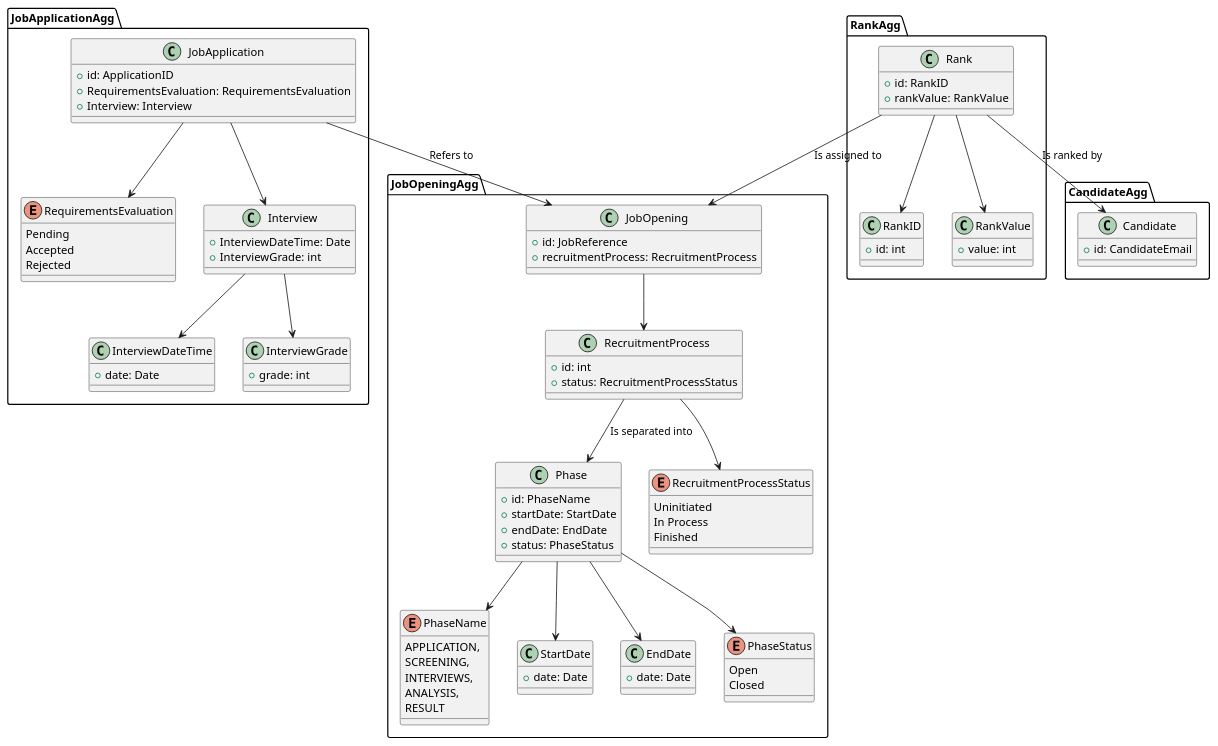
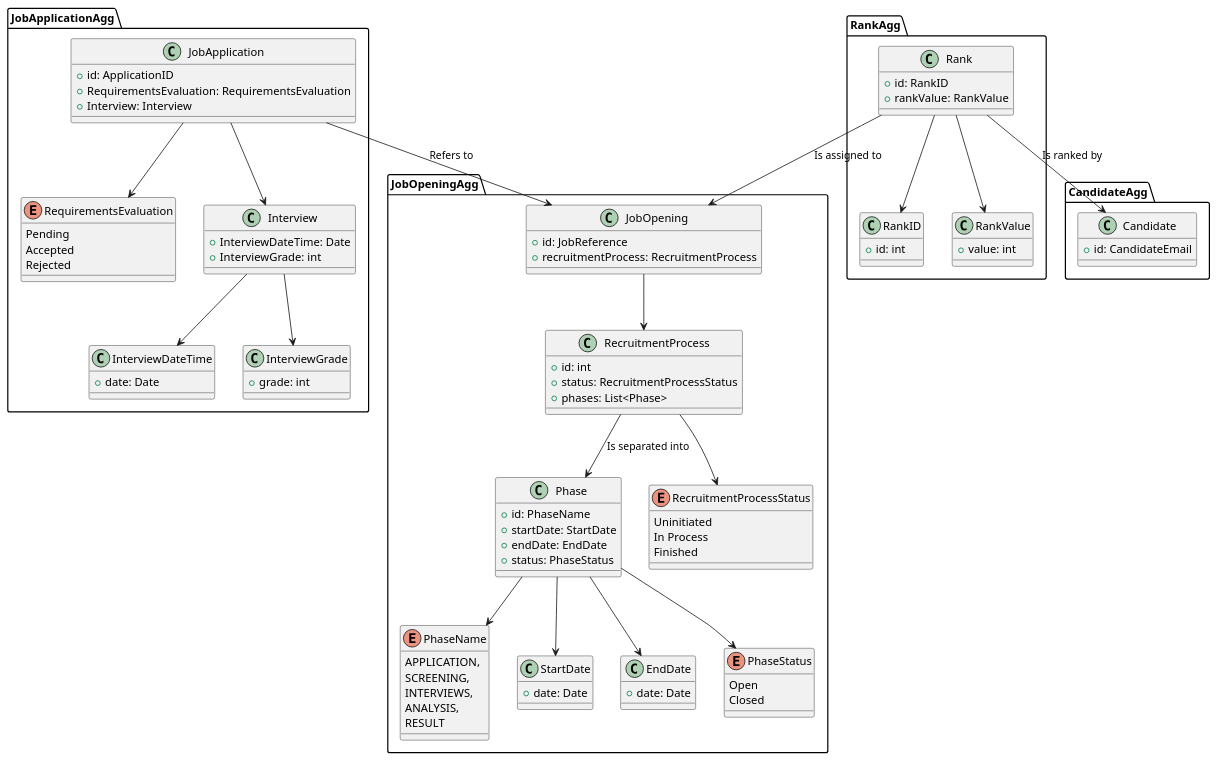
One commit to Mendoncaa/LAPR4 changed the diagram in docs/sprintC/US1010/02.analysis/puml/DM.puml. Above: the diagram before and after it, drawn with PlantUML. The commit also changed 1 other file, not shown here.

```diff
--- a/docs/sprintC/US1010/02.analysis/puml/DM.puml
+++ b/docs/sprintC/US1010/02.analysis/puml/DM.puml
@@ -1,115 +1,116 @@
 @startuml DomainModel
 package JobOpeningAgg {
 
     class JobOpening {
         +id: JobReference
         +recruitmentProcess: RecruitmentProcess
     }
     class RecruitmentProcess {
         +id: int
         +status: RecruitmentProcessStatus
+        +phases: List<Phase>
     }
 
     class Phase {
         +id: PhaseName
         +startDate: StartDate
         +endDate: EndDate
         +status: PhaseStatus
     }
 
     enum PhaseName {
             APPLICATION,
             SCREENING,
             INTERVIEWS,
             ANALYSIS,
             RESULT
     }
 
     class StartDate {
         +date: Date
     }
 
     class EndDate {
         +date: Date
     }
 
     enum PhaseStatus {
         Open
         Closed
     }
 
     enum RecruitmentProcessStatus {
         Uninitiated
         In Process
         Finished
     }
 
     JobOpening --> RecruitmentProcess
     RecruitmentProcess --> RecruitmentProcessStatus
     RecruitmentProcess --> Phase : "Is separated into"
     Phase --> PhaseName
     Phase --> StartDate
     Phase --> EndDate
     Phase --> PhaseStatus
 }
 
 package JobApplicationAgg {
     class JobApplication {
         +id: ApplicationID
         +RequirementsEvaluation: RequirementsEvaluation
         +Interview: Interview
     }
 
     enum RequirementsEvaluation {
         Pending
         Accepted
         Rejected
     }
 
     class Interview {
         +InterviewDateTime: Date
         +InterviewGrade: int
     }
 
     class InterviewDateTime {
         +date: Date
     }
 
     class InterviewGrade {
         +grade: int
     }
 
     JobApplication --> RequirementsEvaluation
     JobApplication --> Interview
     JobApplication --> JobOpening : Refers to
     Interview --> InterviewDateTime
     Interview --> InterviewGrade
 }
 
 package RankAgg {
     class Rank {
         +id: RankID
         +rankValue: RankValue
     }
 
     class RankID {
         +id: int
     }
 
     class RankValue {
         +value: int
     }
 
     Rank --> RankID
     Rank --> RankValue
     Rank --> JobOpening : "Is assigned to"
 }
 
 package CandidateAgg {
     class Candidate {
         +id: CandidateEmail
     }
 
     Rank --> Candidate : "Is ranked by"
 }
 @enduml
```
